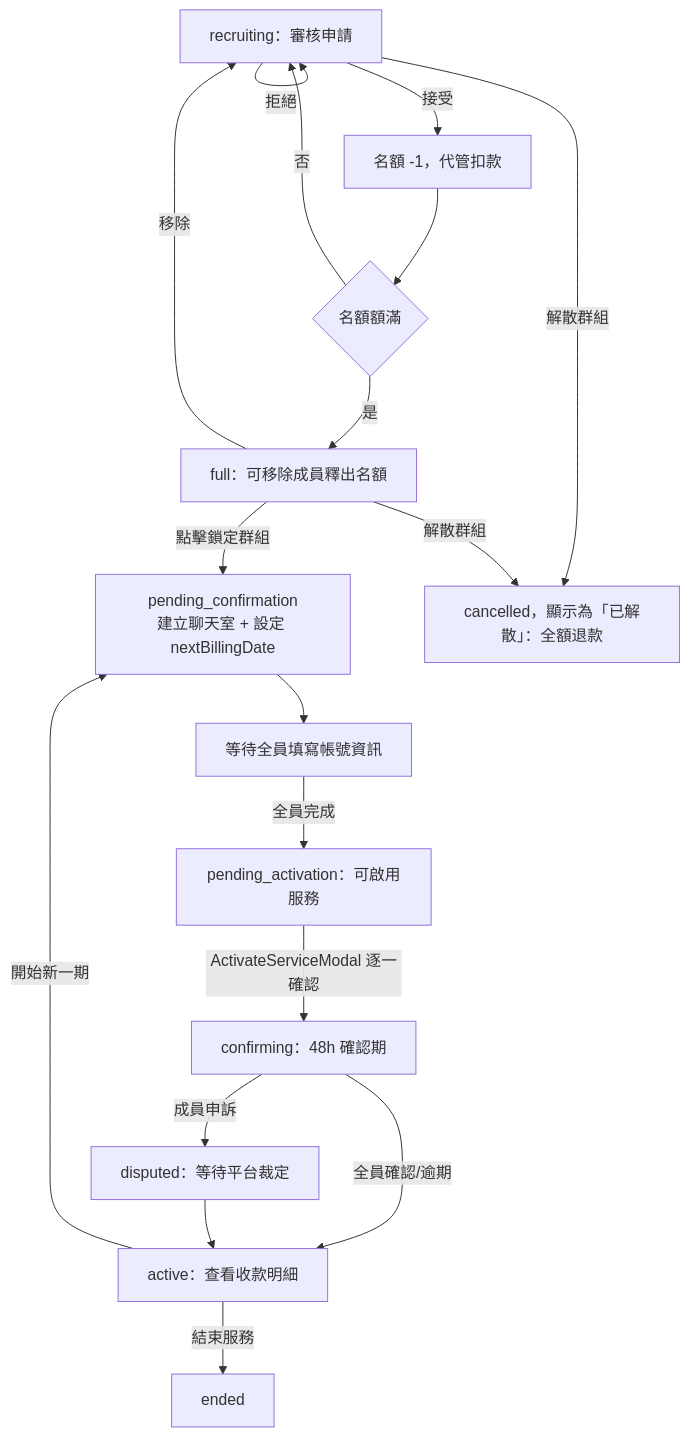
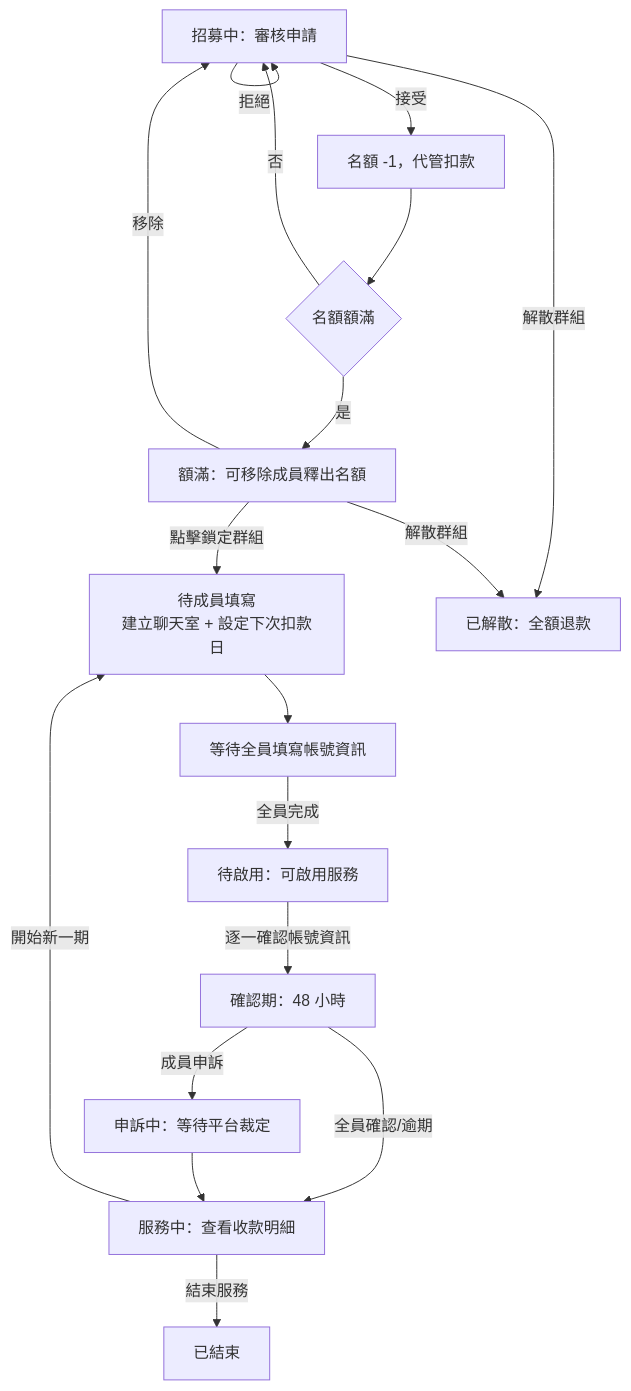
The diagram in docs/flows/manage-groups-flow.md (s1092055/PartyMatch), drawn with Mermaid before and after one commit. The commit also changed other lines of this file and 12 other files, not shown here.

First line of the commit message:
docs: 精簡 flows 文件敘述，拿掉變數/prop/class 名與英文直翻術語

````diff
--- a/docs/flows/manage-groups-flow.md
+++ b/docs/flows/manage-groups-flow.md
@@ -8,20 +8,20 @@
 ```mermaid
 flowchart TD
-    A[recruiting：審核申請] -->|接受| B[名額 -1，代管扣款]
+    A[招募中：審核申請] -->|接受| B[名額 -1，代管扣款]
     A -->|拒絕| A
     B --> C{名額額滿}
-    C -->|是| D[full：可移除成員釋出名額]
+    C -->|是| D[額滿：可移除成員釋出名額]
     C -->|否| A
     D -->|移除| A
-    D -->|點擊鎖定群組| E[pending_confirmation\n建立聊天室 + 設定 nextBillingDate]
+    D -->|點擊鎖定群組| E[待成員填寫\n建立聊天室 + 設定下次扣款日]
     E --> F[等待全員填寫帳號資訊]
-    F -->|全員完成| G[pending_activation：可啟用服務]
-    G -->|ActivateServiceModal 逐一確認| H[confirming：48h 確認期]
-    H -->|全員確認/逾期| I[active：查看收款明細]
-    H -->|成員申訴| J[disputed：等待平台裁定]
+    F -->|全員完成| G[待啟用：可啟用服務]
+    G -->|逐一確認帳號資訊| H[確認期：48 小時]
+    H -->|全員確認/逾期| I[服務中：查看收款明細]
+    H -->|成員申訴| J[申訴中：等待平台裁定]
     J --> I
     I -->|開始新一期| E
-    I -->|結束服務| K[ended]
-    A -->|解散群組| L[cancelled，顯示為「已解散」：全額退款]
+    I -->|結束服務| K[已結束]
+    A -->|解散群組| L[已解散：全額退款]
     D -->|解散群組| L
 ```
````
